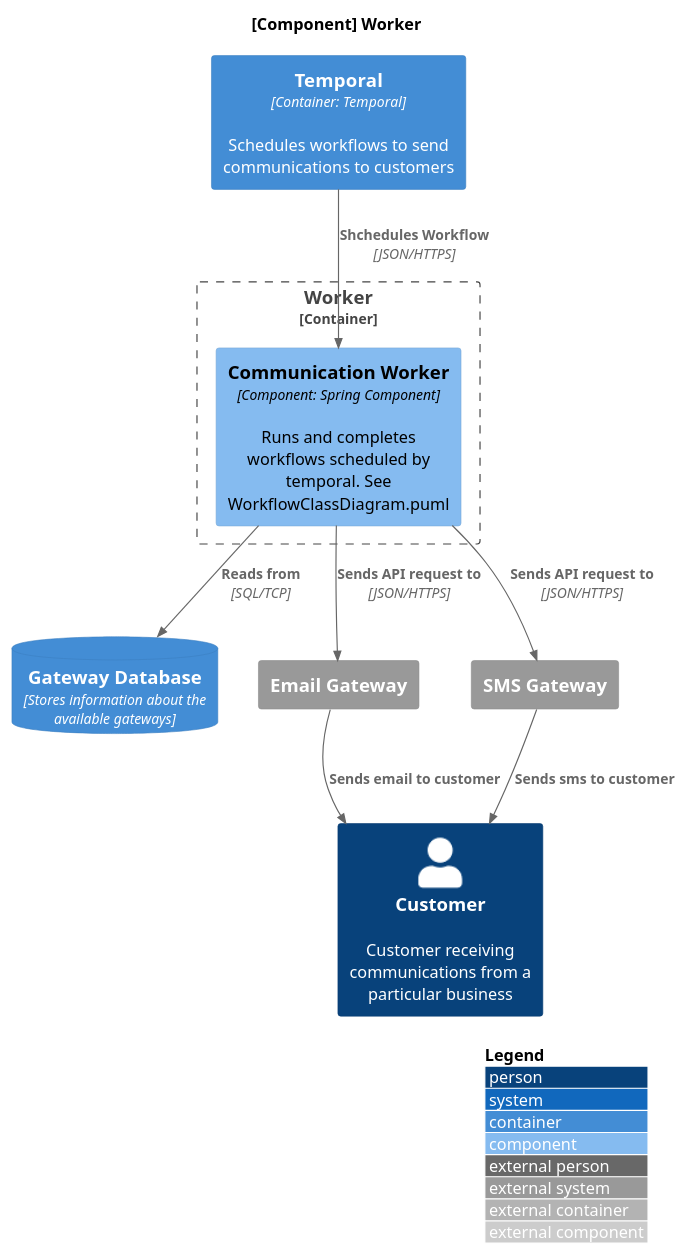
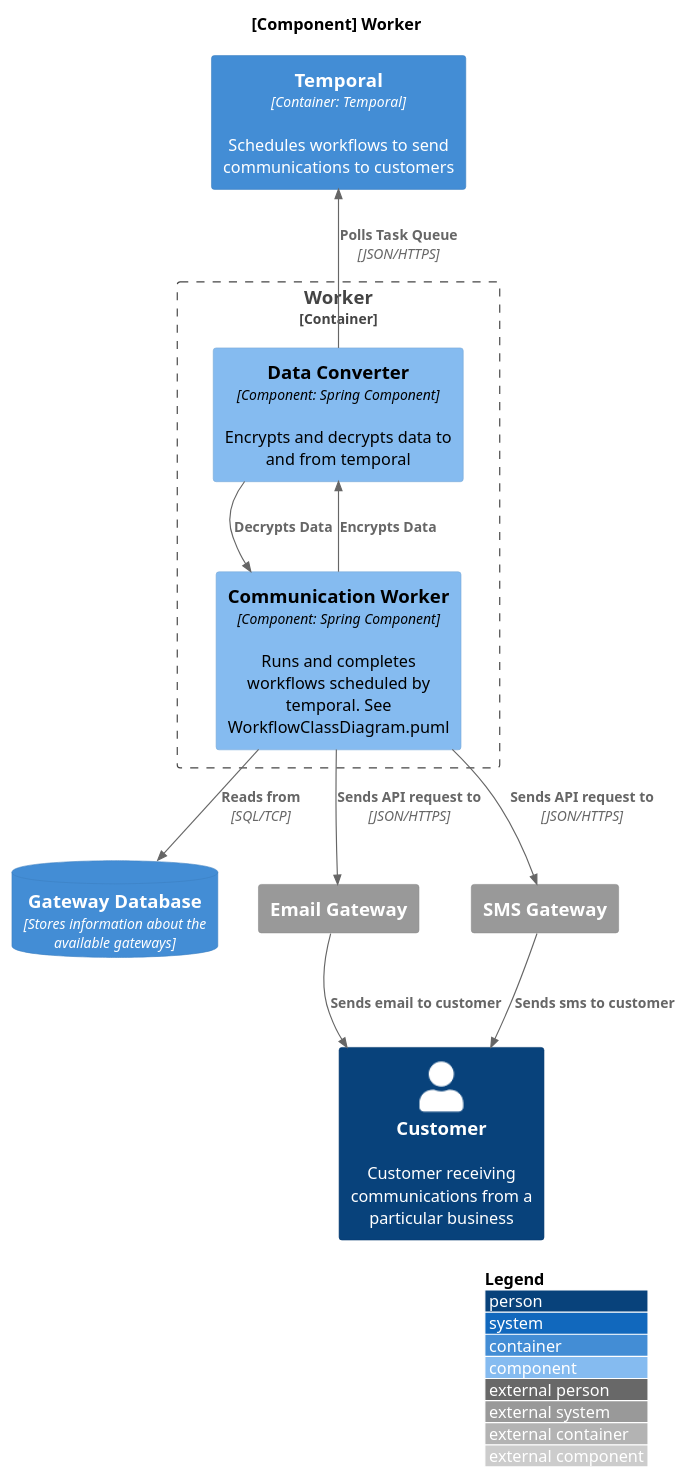
Before and after one commit to CameronWard301/communication_scheduler: the diagram in Designs/System Context/Components/WorkerComponent.puml, drawn with PlantUML. The commit also changed 23 other files, not shown here.

```diff
--- a/Designs/System Context/Components/WorkerComponent.puml
+++ b/Designs/System Context/Components/WorkerComponent.puml
@@ -1,31 +1,35 @@
 @startuml WorkerComponent
 !include https://raw.githubusercontent.com/plantuml-stdlib/C4-PlantUML/master/C4_Container.puml
 !include https://raw.githubusercontent.com/plantuml-stdlib/C4-PlantUML/master/C4_Component.puml
 
 LAYOUT_WITH_LEGEND()
 
 title [Component] Worker
 
 Person(customer, "Customer", "Customer receiving communications from a particular business")
 
 
 ContainerDb(gatewayDB, "Gateway Database", "Stores information about the available gateways")
 Container(temporal, "Temporal", "Container: Temporal", "Schedules workflows to send communications to customers")
 
 
 System_Ext(email_gateway, "Email Gateway")
 System_Ext(sms_gateway, "SMS Gateway")
 
 Rel(email_gateway, customer, "Sends email to customer")
 Rel(sms_gateway, customer, "Sends sms to customer")
 
 Container_Boundary(component, "Worker") {
     Component(communicationWorker, "Communication Worker", "Component: Spring Component", "Runs and completes workflows scheduled by temporal. See WorkflowClassDiagram.puml")
+    Component(dataConverter, "Data Converter", "Component: Spring Component", "Encrypts and decrypts data to and from temporal")
 }
 
-Rel(temporal, communicationWorker, "Shchedules Workflow", "JSON/HTTPS")
+Rel_Up(dataConverter, temporal, "Polls Task Queue", "JSON/HTTPS")
+Rel(dataConverter, communicationWorker, "Decrypts Data")
+Rel_Up(communicationWorker, dataConverter, "Encrypts Data")
+
 Rel(communicationWorker, gatewayDB, "Reads from", "SQL/TCP")
 Rel(communicationWorker, email_gateway, "Sends API request to", "JSON/HTTPS")
 Rel(communicationWorker, sms_gateway, "Sends API request to", "JSON/HTTPS")
 
 @enduml
```
